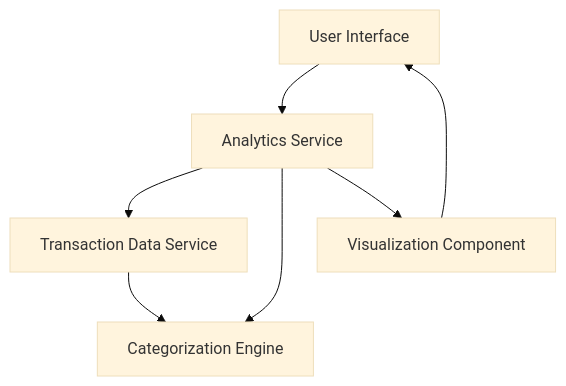
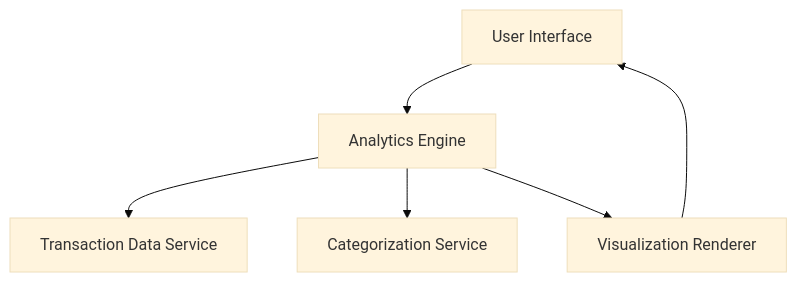
The diagram in HLD/QE-8605_HLD.md (AAVA-Demo/APB_Demo), drawn with Mermaid (base theme) before and after one commit. The commit also changed other lines of this file and 5 other files, not shown here.

````diff
--- a/HLD/QE-8605_HLD.md
+++ b/HLD/QE-8605_HLD.md
@@ -7,14 +7,13 @@
 ```mermaid
 flowchart TD
     A["User Interface"]
-    B["Analytics Service"]
+    B["Analytics Engine"]
     C["Transaction Data Service"]
-    D["Categorization Engine"]
-    E["Visualization Component"]
+    D["Categorization Service"]
+    E["Visualization Renderer"]
     A --> B
     B --> C
     B --> D
-    C --> D
     B --> E
     E --> A
 ```
````
